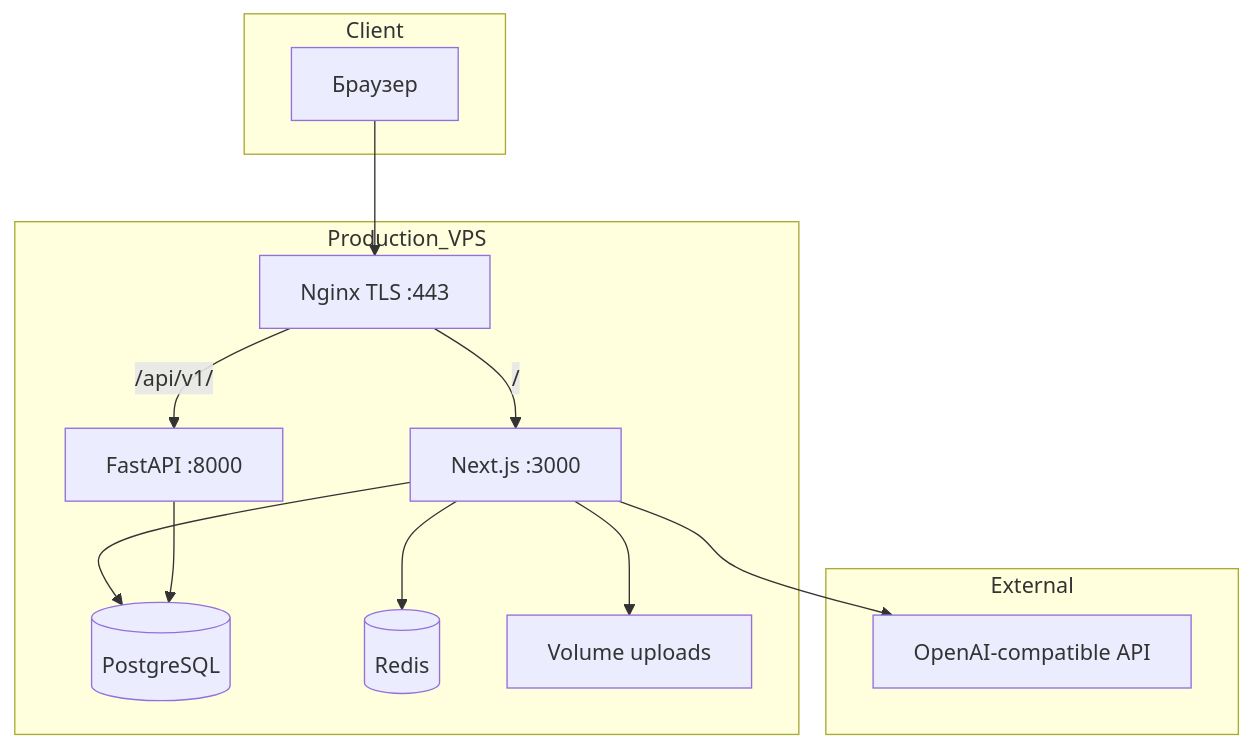
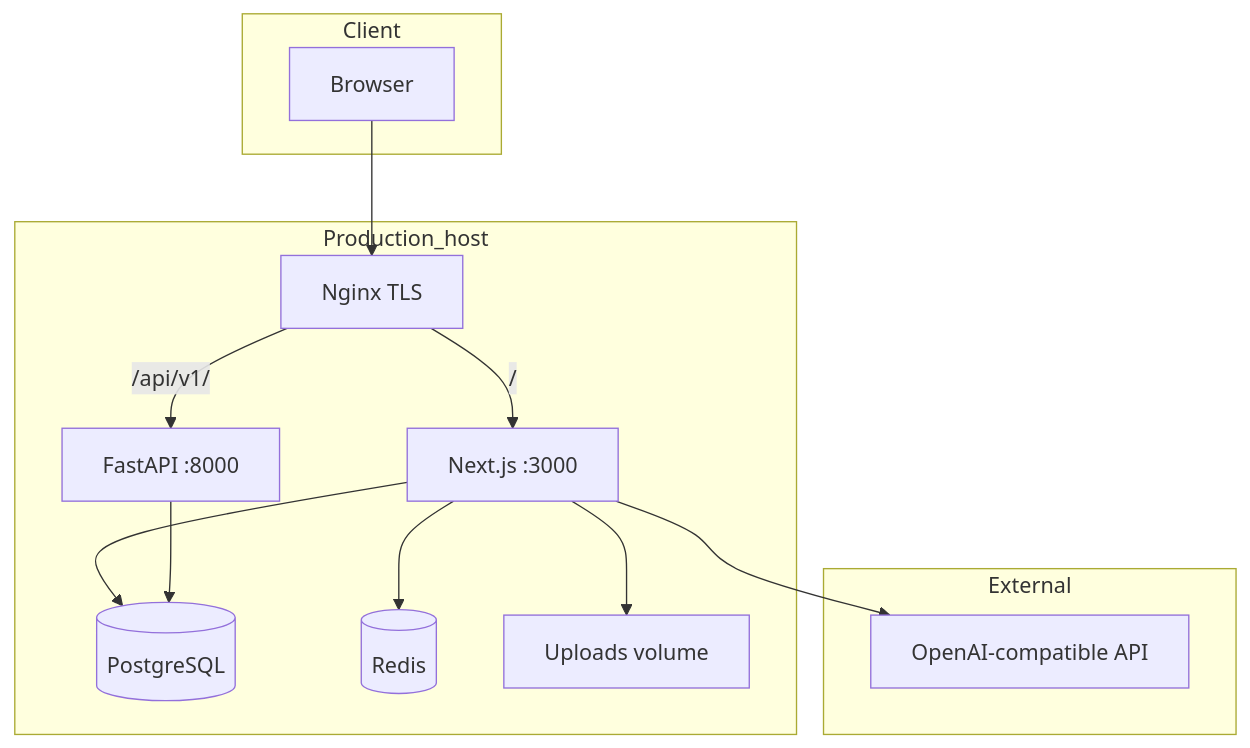
Before and after one commit to TronTanya/info_course: the diagram in README.md, drawn with Mermaid. The commit also changed other lines of this file and 231 other files, not shown here.

````diff
--- a/README.md
+++ b/README.md
@@ -32,25 +71,25 @@
 ```mermaid
 flowchart TB
   subgraph Client
-    Browser[Браузер]
+    Browser[Browser]
   end
-  subgraph Production_VPS
-    Nginx[Nginx TLS :443]
+  subgraph Production_host
+    Nginx[Nginx TLS]
     FE[Next.js :3000]
     BE[FastAPI :8000]
     PG[(PostgreSQL)]
     RD[(Redis)]
-    Vol[Volume uploads]
+    Vol[Uploads volume]
   end
   subgraph External
     LLM[OpenAI-compatible API]
   end
   Browser --> Nginx
   Nginx -->|"/"| FE
   Nginx -->|"/api/v1/"| BE
   FE --> PG
   FE --> RD
   FE --> Vol
   FE --> LLM
   BE --> PG
 ```
````
